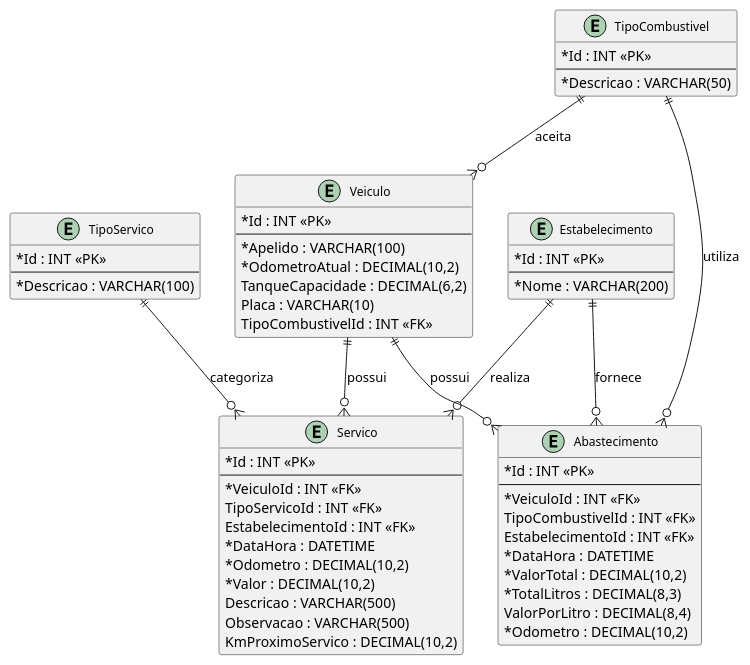
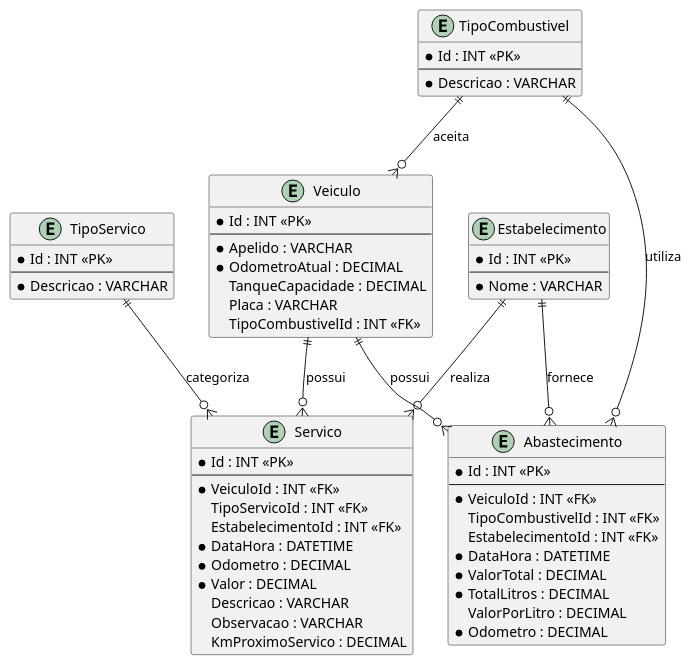
Before and after one commit to LucasZottis/manutencao-veicular: the diagram in docs/er.puml, drawn with PlantUML.

```diff
--- a/docs/er.puml
+++ b/docs/er.puml
@@ -1,77 +1,72 @@
 @startuml controle_veicular_er
-
-skinparam classAttributeIconSize 0
-skinparam class {
-    FontSize 12
-}
 
 ' ── Lookup Tables ────────────────────────────────────────
 
 entity TipoCombustivel {
     * Id : INT <<PK>>
     --
-    * Descricao : VARCHAR(50)
+    * Descricao : VARCHAR
 }
 
 entity TipoServico {
     * Id : INT <<PK>>
     --
-    * Descricao : VARCHAR(100)
+    * Descricao : VARCHAR
 }
 
 entity Estabelecimento {
     * Id : INT <<PK>>
     --
-    * Nome : VARCHAR(200)
+    * Nome : VARCHAR
 }
 
 ' ── Entidades principais ─────────────────────────────────
 
 entity Veiculo {
     * Id : INT <<PK>>
     --
-    * Apelido : VARCHAR(100)
-    * OdometroAtual : DECIMAL(10,2)
-    TanqueCapacidade : DECIMAL(6,2)
-    Placa : VARCHAR(10)
+    * Apelido : VARCHAR
+    * OdometroAtual : DECIMAL
+    TanqueCapacidade : DECIMAL
+    Placa : VARCHAR
     TipoCombustivelId : INT <<FK>>
 }
 
 entity Servico {
     * Id : INT <<PK>>
     --
     * VeiculoId : INT <<FK>>
     TipoServicoId : INT <<FK>>
     EstabelecimentoId : INT <<FK>>
     * DataHora : DATETIME
-    * Odometro : DECIMAL(10,2)
-    * Valor : DECIMAL(10,2)
-    Descricao : VARCHAR(500)
-    Observacao : VARCHAR(500)
-    KmProximoServico : DECIMAL(10,2)
+    * Odometro : DECIMAL
+    * Valor : DECIMAL
+    Descricao : VARCHAR
+    Observacao : VARCHAR
+    KmProximoServico : DECIMAL
 }
 
 entity Abastecimento {
     * Id : INT <<PK>>
     --
     * VeiculoId : INT <<FK>>
     TipoCombustivelId : INT <<FK>>
     EstabelecimentoId : INT <<FK>>
     * DataHora : DATETIME
-    * ValorTotal : DECIMAL(10,2)
-    * TotalLitros : DECIMAL(8,3)
-    ValorPorLitro : DECIMAL(8,4)
-    * Odometro : DECIMAL(10,2)
+    * ValorTotal : DECIMAL
+    * TotalLitros : DECIMAL
+    ValorPorLitro : DECIMAL
+    * Odometro : DECIMAL
 }
 
 ' ── Relacionamentos ──────────────────────────────────────
 
 TipoCombustivel ||--o{ Veiculo : "aceita"
 TipoCombustivel ||--o{ Abastecimento : "utiliza"
 TipoServico ||--o{ Servico : "categoriza"
 Estabelecimento ||--o{ Servico : "realiza"
 Estabelecimento ||--o{ Abastecimento : "fornece"
 Veiculo ||--o{ Servico : "possui"
 Veiculo ||--o{ Abastecimento : "possui"
 
 @enduml
```
